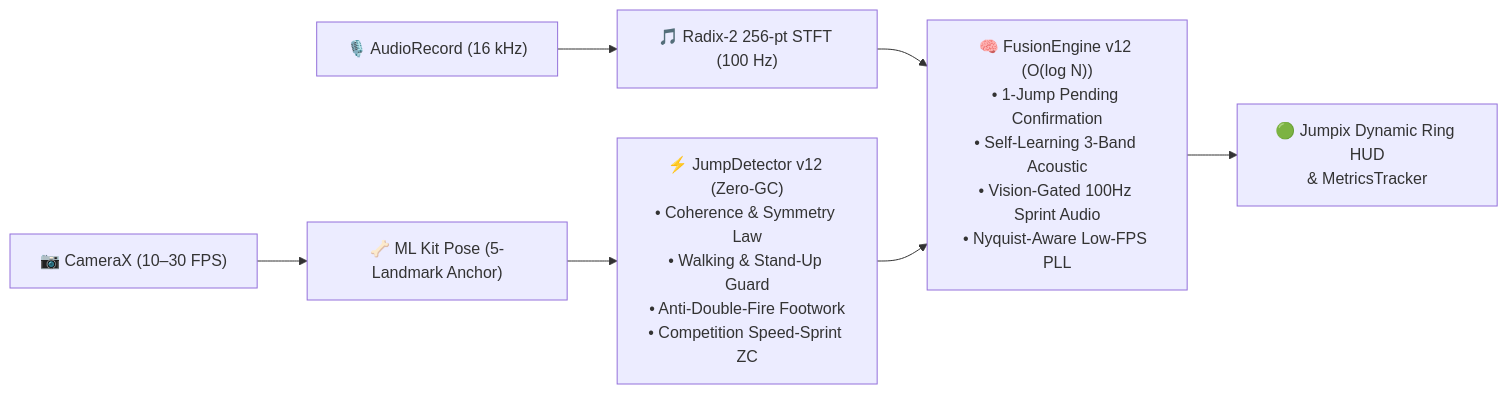
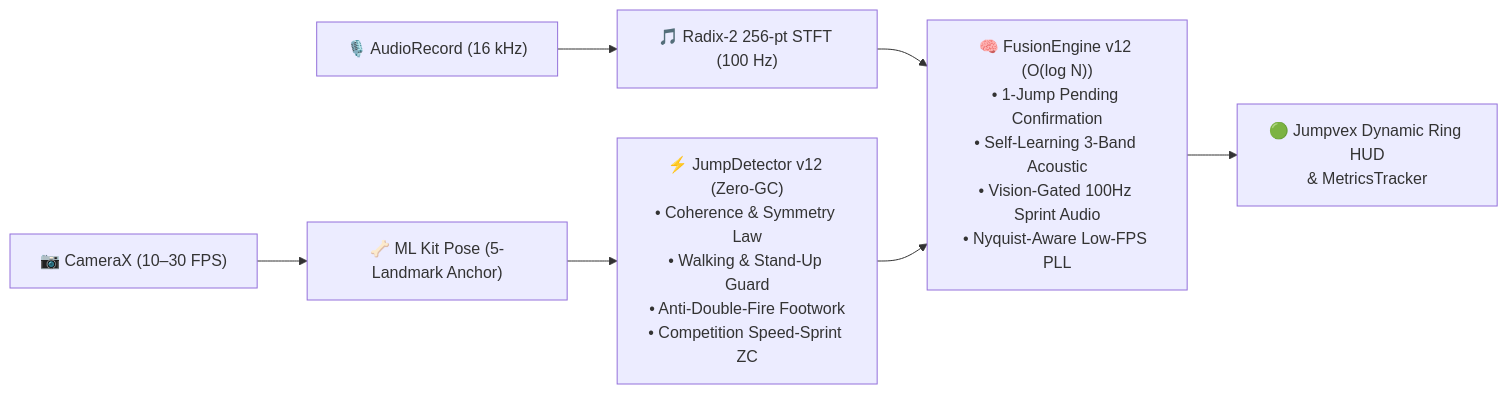
One commit to iganramdani/Jumpix changed the diagram in README.md. Above: the diagram before and after it, drawn with Mermaid. The commit also changed other lines of this file and 8 other files, not shown here.

````diff
--- a/README.md
+++ b/README.md
@@ -85,9 +85,9 @@
 ```mermaid
 flowchart LR
     CAM["📷 CameraX (10–30 FPS)"] --> ML["🦴 ML Kit Pose (5-Landmark Anchor)"]
     MIC["🎙️ AudioRecord (16 kHz)"] --> STFT["🎵 Radix-2 256-pt STFT (100 Hz)"]
     ML --> JD["⚡ JumpDetector v12 (Zero-GC)\n• Coherence & Symmetry Law\n• Walking & Stand-Up Guard\n• Anti-Double-Fire Footwork\n• Competition Speed-Sprint ZC"]
     STFT --> FE["🧠 FusionEngine v12 (O(log N))\n• 1-Jump Pending Confirmation\n• Self-Learning 3-Band Acoustic\n• Vision-Gated 100Hz Sprint Audio\n• Nyquist-Aware Low-FPS PLL"]
     JD --> FE
-    FE --> UI["🟢 Jumpix Dynamic Ring HUD\n& MetricsTracker"]
+    FE --> UI["🟢 Jumpvex Dynamic Ring HUD\n& MetricsTracker"]
 ```
````
